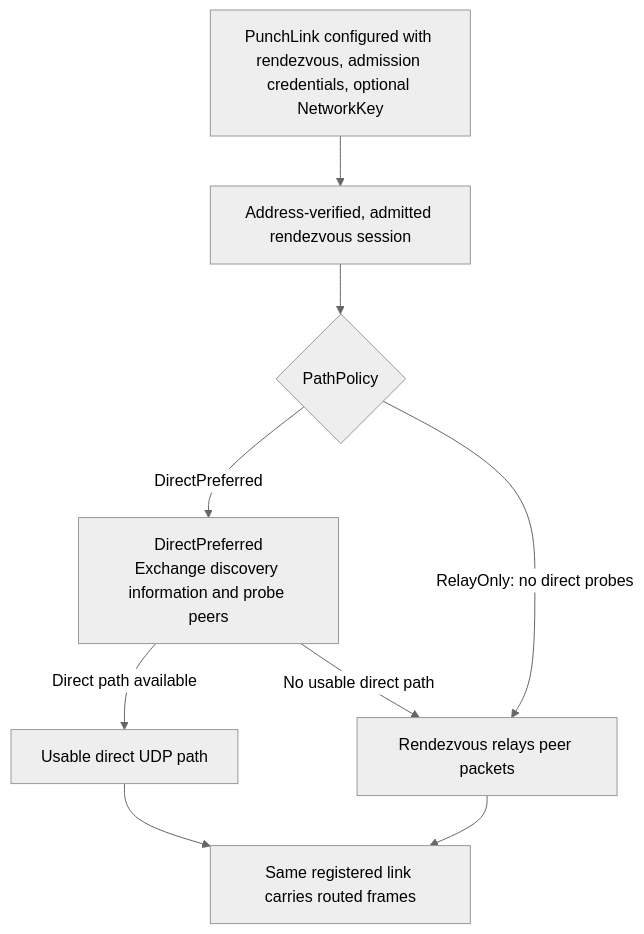
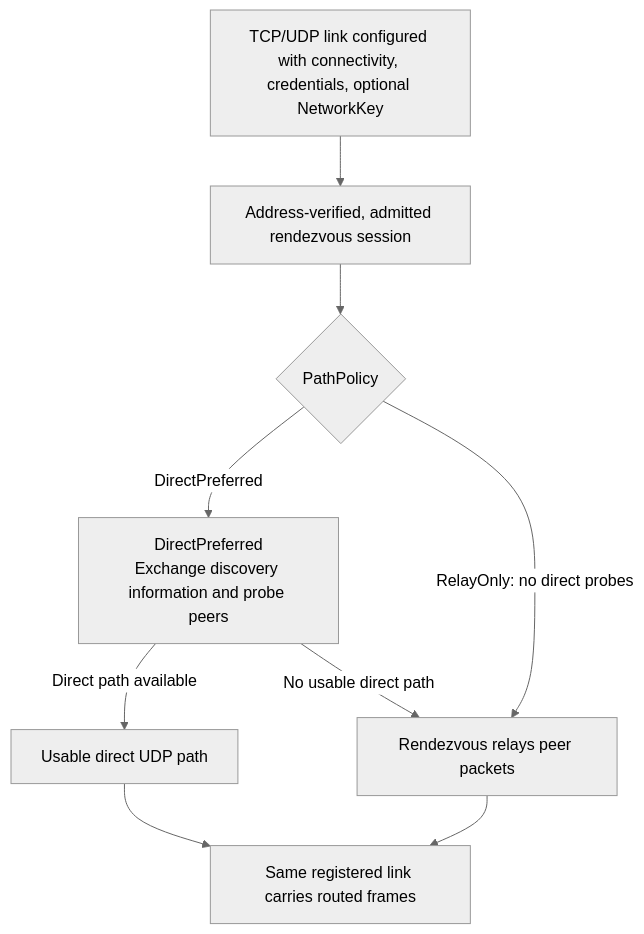
Before and after one commit to napbat/groupnet: the third of 4 diagrams in docs/tunnels-and-security.md, drawn with Mermaid (neutral theme). The commit also changed other lines of this file and 58 other files, not shown here.

Commit message:
feat: integrate native connectivity beneath TCP and UDP links

````diff
--- a/docs/tunnels-and-security.md
+++ b/docs/tunnels-and-security.md
@@ -129,17 +186,17 @@
 ```mermaid
 flowchart TD
-    Start["PunchLink configured with rendezvous, admission credentials, optional NetworkKey"]
+    Start["TCP/UDP link configured with connectivity, credentials, optional NetworkKey"]
     Register["Address-verified, admitted rendezvous session"]
     Policy{"PathPolicy"}
     Probe["DirectPreferred\nExchange discovery information and probe peers"]
     Direct["Usable direct UDP path"]
     Relay["Rendezvous relays peer packets"]
     Routed["Same registered link carries routed frames"]
     Start --> Register --> Policy
     Policy -->|"DirectPreferred"| Probe
     Policy -->|"RelayOnly: no direct probes"| Relay
     Probe -->|"Direct path available"| Direct
     Probe -->|"No usable direct path"| Relay
     Direct --> Routed
     Relay --> Routed
 ```
````
